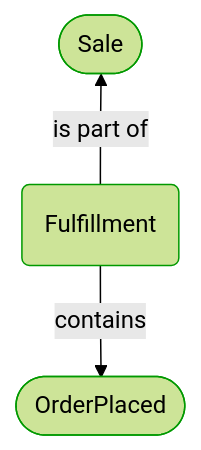
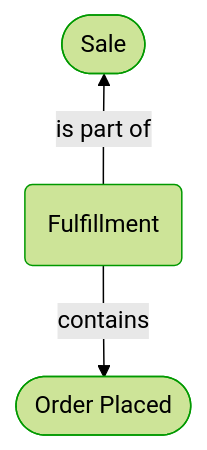
Before and after one commit to itlibrium/DDD-starter-dotnet: the first of 2 diagrams in Docs/P3/MermaidOutput/Domain/Processes/Sale/Fulfillment/Fulfillment.md, drawn with Mermaid (forest theme). The commit also changed other lines of this file and 51 other files, not shown here.

````diff
--- a/Docs/P3/MermaidOutput/Domain/Processes/Sale/Fulfillment/Fulfillment.md
+++ b/Docs/P3/MermaidOutput/Domain/Processes/Sale/Fulfillment/Fulfillment.md
@@ -22,17 +22,17 @@
 ```mermaid
   flowchart TB
     0([Sale])
     class 0 DomainPerspective
     1(Fulfillment)
     class 1 DomainPerspective
     0---1
     1-->|is part of|0
     1---0
-    2([OrderPlaced])
+    2([Order Placed])
     class 2 DomainPerspective
     1-->|contains|2
     linkStyle 0,2 stroke:none
     classDef DomainPerspective stroke:#009900
     classDef TechnologyPerspective stroke:#1F41EB
     classDef PeoplePerspective stroke:#FFF014
 ```
````
